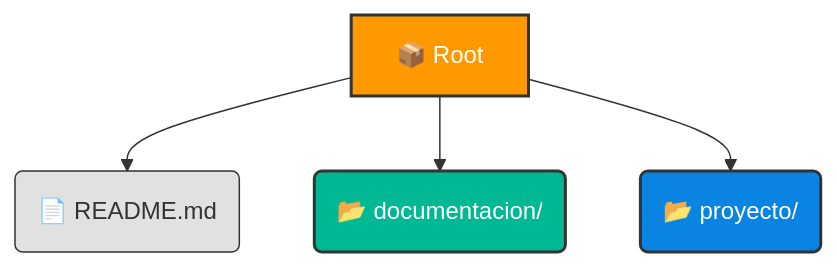
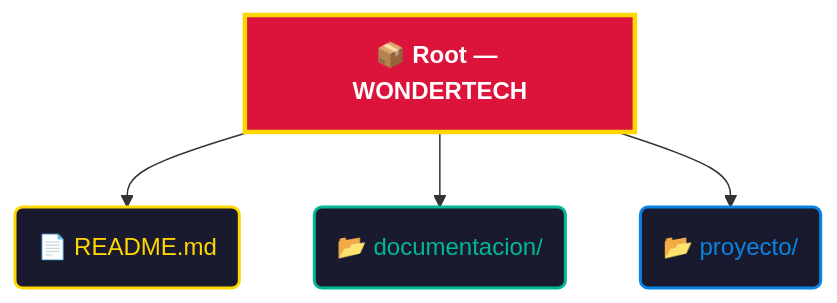
Before and after one commit to WONDERTECH-COL/WONDERTECH-COL: the first of 3 diagrams in README.md, drawn with Mermaid. The commit also changed other lines of this file, not shown here.

````diff
--- a/README.md
+++ b/README.md
@@ -61,11 +140,11 @@
 ```mermaid
 graph TD
-    A[📦 Root] --> B(📄 README.md)
+    A["📦 Root — WONDERTECH"] --> B(📄 README.md)
     A --> C(📂 documentacion/)
     A --> D(📂 proyecto/)
 
-    style A fill:#ff9900,stroke:#333,stroke-width:2px,color:white
-    style B fill:#e1e1e1,stroke:#333,stroke-width:1px
-    style C fill:#00b894,stroke:#333,stroke-width:2px,color:white
-    style D fill:#0984e3,stroke:#333,stroke-width:2px,color:white
+    style A fill:#DC143C,stroke:#FFD700,stroke-width:3px,color:white,font-weight:bold
+    style B fill:#1a1a2e,stroke:#FFD700,stroke-width:2px,color:#FFD700
+    style C fill:#1a1a2e,stroke:#00b894,stroke-width:2px,color:#00b894
+    style D fill:#1a1a2e,stroke:#0984e3,stroke-width:2px,color:#0984e3
 ```
````
